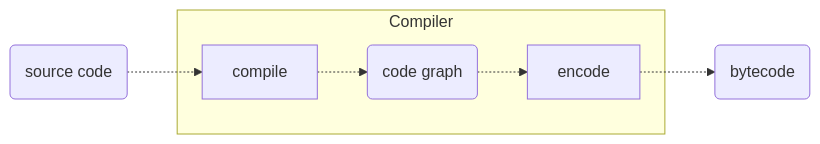
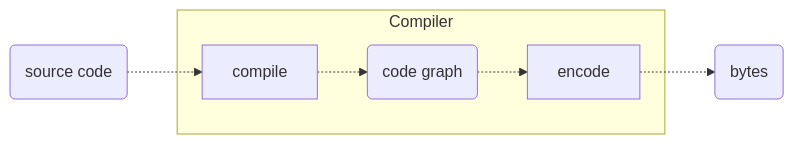
Before and after one commit to raviqqe/doc: the diagram in slides/papers/stak-scheme/encode.mmd, drawn with Mermaid. The commit also changed 1 other file, not shown here.

```diff
--- a/slides/papers/stak-scheme/encode.mmd
+++ b/slides/papers/stak-scheme/encode.mmd
@@ -1,8 +1,8 @@
 flowchart LR
   d0(source code) -.-> compile
 
   subgraph Compiler
     compile -.-> d1(code graph) -.-> encode:::red
   end
 
-  encode -.-> d2(bytecode)
+  encode -.-> d2(bytes)
```
